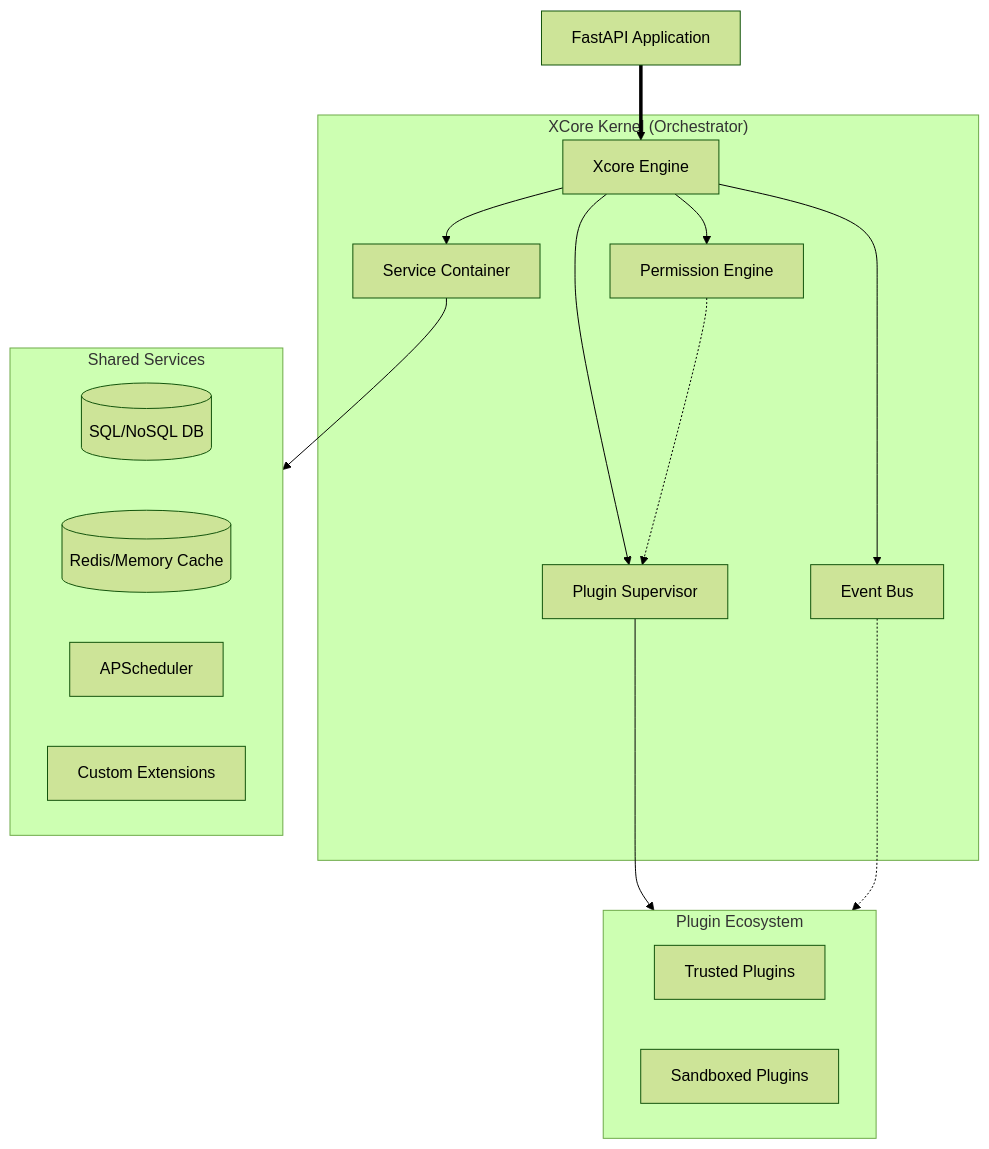
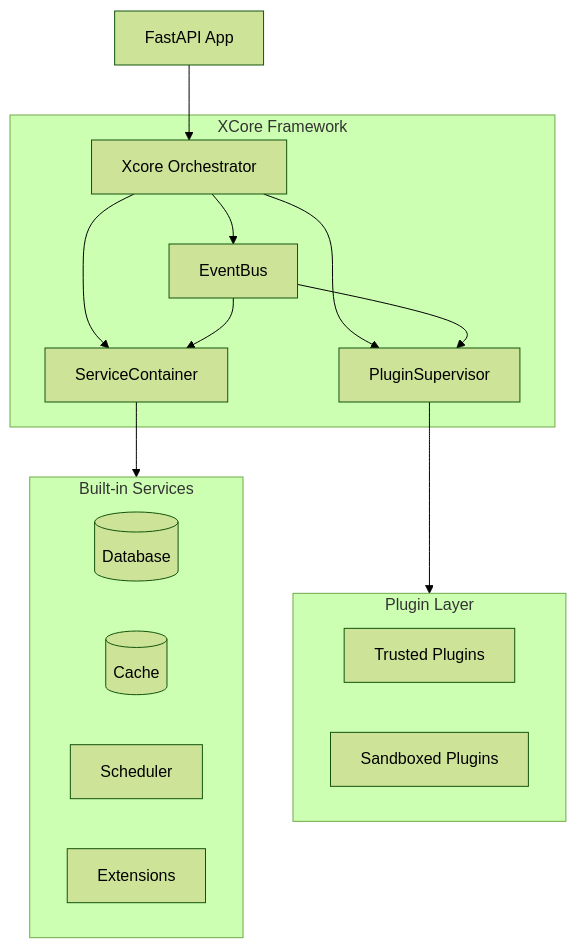
Before and after one commit to traoreera/xcore: the diagram in doc/index.md, drawn with Mermaid (forest theme). The commit also changed other lines of this file and 54 other files, not shown here.

````diff
--- a/doc/index.md
+++ b/doc/index.md
@@ -44,34 +48,31 @@
 ```mermaid
 graph TB
-    subgraph XCore_Kernel["XCore Kernel (Orchestrator)"]
-        X[Xcore Engine]
-        SC[Service Container]
-        PS[Plugin Supervisor]
-        EB[Event Bus]
-        PE[Permission Engine]
+    subgraph XCore["XCore Framework"]
+        X[Xcore Orchestrator]
+        SC[ServiceContainer]
+        PS[PluginSupervisor]
+        EB[EventBus]
     end
 
-    subgraph Infrastructure["Shared Services"]
-        DB[(SQL/NoSQL DB)]
-        CACHE[(Redis/Memory Cache)]
-        SCHED[APScheduler]
-        EXT[Custom Extensions]
+    subgraph Services["Built-in Services"]
+        DB[(Database)]
+        CACHE[(Cache)]
+        SCHED[Scheduler]
+        EXT[Extensions]
     end
 
-    subgraph Plugin_Layer["Plugin Ecosystem"]
-        direction LR
+    subgraph Plugins["Plugin Layer"]
         T[Trusted Plugins]
         S[Sandboxed Plugins]
     end
 
     X --> SC
     X --> PS
     X --> EB
-    X --> PE
-    SC --> Infrastructure
-    PS --> Plugin_Layer
-    EB -.-> Plugin_Layer
-    PE -.-> PS
+    SC --> Services
+    PS --> Plugins
+    EB --> PS
+    EB --> SC
 
-    FA[FastAPI Application] ==> X
+    FA[FastAPI App] --> X
 ```
````
